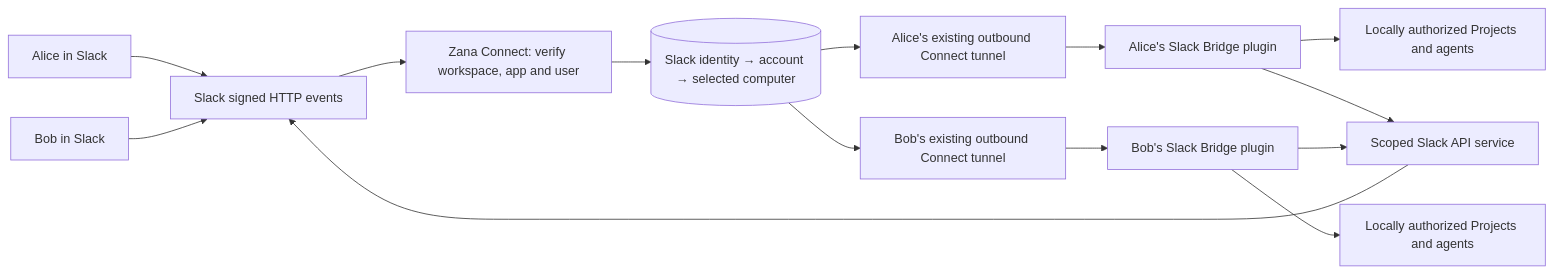
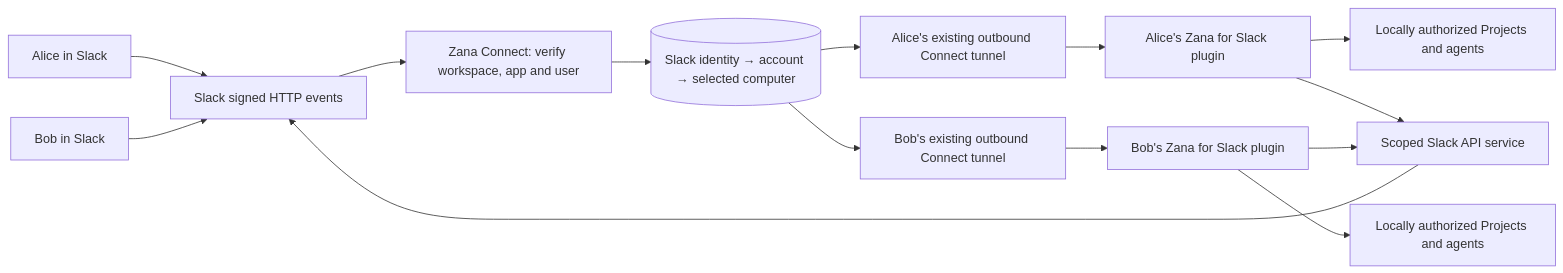
One commit to olegforce/zana changed the diagram in docs/slack-connect.md. Above: the diagram before and after it, drawn with Mermaid. The commit also changed other lines of this file and 287 other files, not shown here.

````diff
--- a/docs/slack-connect.md
+++ b/docs/slack-connect.md
@@ -7,16 +13,16 @@
 ```mermaid
 flowchart LR
   A[Alice in Slack] --> S[Slack signed HTTP events]
   B[Bob in Slack] --> S
   S --> V[Zana Connect: verify workspace, app and user]
   V --> L[(Slack identity → account → selected computer)]
   L --> TA[Alice's existing outbound Connect tunnel]
   L --> TB[Bob's existing outbound Connect tunnel]
-  TA --> PA[Alice's Slack Bridge plugin]
-  TB --> PB[Bob's Slack Bridge plugin]
+  TA --> PA[Alice's Zana for Slack plugin]
+  TB --> PB[Bob's Zana for Slack plugin]
   PA --> AA[Locally authorized Projects and agents]
   PB --> AB[Locally authorized Projects and agents]
   PA --> API[Scoped Slack API service]
   PB --> API
   API --> S
 ```
````
